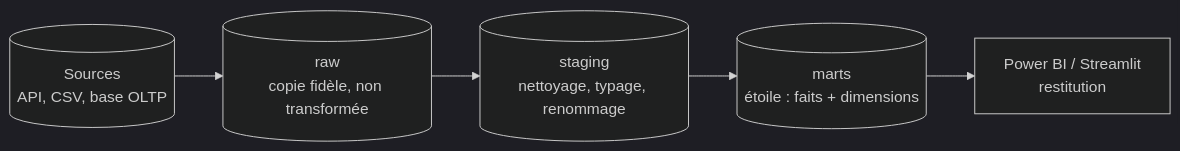
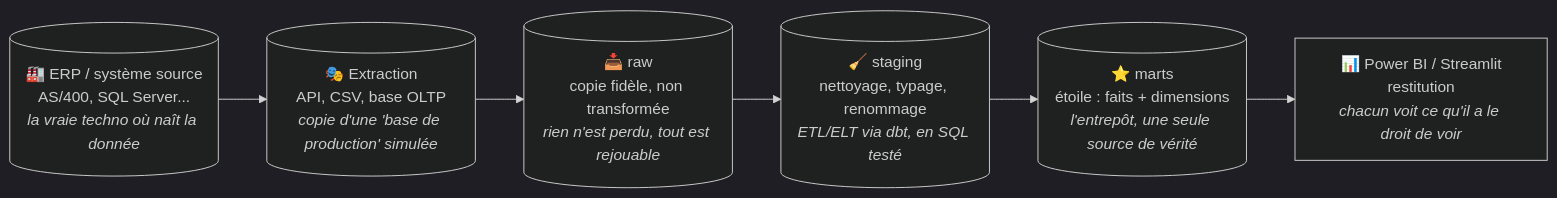
One commit to valentinratigniet-byte/valentinratigniet-byte changed the second of 2 diagrams in README.md. Above: the diagram before and after it, drawn with Mermaid (dark theme). The commit also changed other lines of this file, not shown here.

Commit message:
docs: enrichit le schéma "medallion" avec des termes simplifiés
Ajoute 2 étapes (ERP/système source, extraction depuis la "base
simulée") et une ligne en italique sous chaque terme technique
existant (raw, staging, marts, restitution) pour rendre la démarche
lisible sans jargon préalable -- complète le glossaire "Concepts
clés" ajouté juste avant.

````diff
--- a/README.md
+++ b/README.md
@@ -82,7 +85,8 @@
 ```mermaid
 flowchart LR
-    SRC[("Sources<br/>API, CSV, base OLTP")] --> RAW[("raw<br/>copie fidèle, non transformée")]
-    RAW --> STG[("staging<br/>nettoyage, typage, renommage")]
-    STG --> MARTS[("marts<br/>étoile : faits + dimensions")]
-    MARTS --> BI["Power BI / Streamlit<br/>restitution"]
+    ERP[("🏭 ERP / système source<br/>AS/400, SQL Server...<br/><i>la vraie techno où naît la donnée</i>")] --> SRC[("🎭 Extraction<br/>API, CSV, base OLTP<br/><i>copie d'une 'base de production' simulée</i>")]
+    SRC --> RAW[("📥 raw<br/>copie fidèle, non transformée<br/><i>rien n'est perdu, tout est rejouable</i>")]
+    RAW --> STG[("🧹 staging<br/>nettoyage, typage, renommage<br/><i>ETL/ELT via dbt, en SQL testé</i>")]
+    STG --> MARTS[("⭐ marts<br/>étoile : faits + dimensions<br/><i>l'entrepôt, une seule source de vérité</i>")]
+    MARTS --> BI["📊 Power BI / Streamlit<br/>restitution<br/><i>chacun voit ce qu'il a le droit de voir</i>"]
 ```
````
